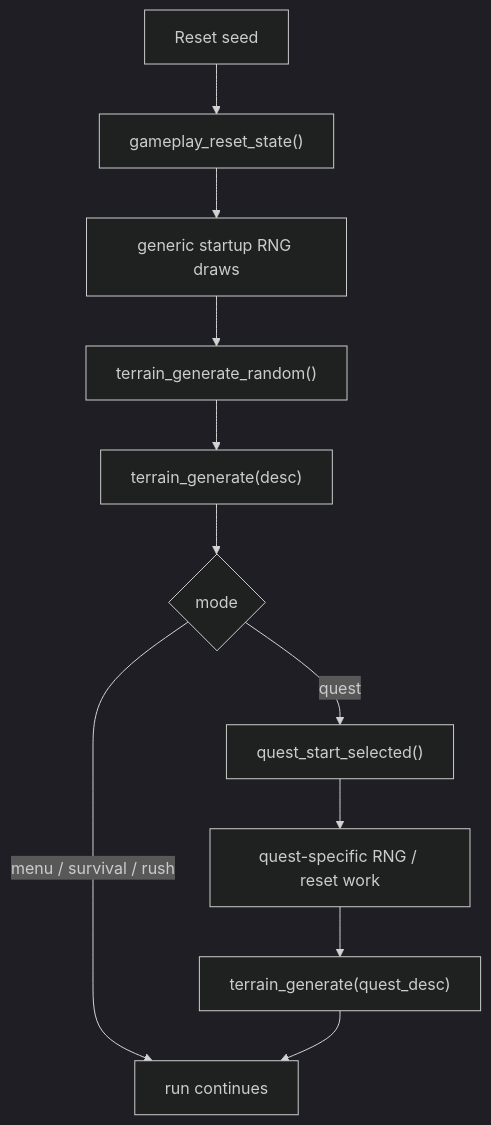
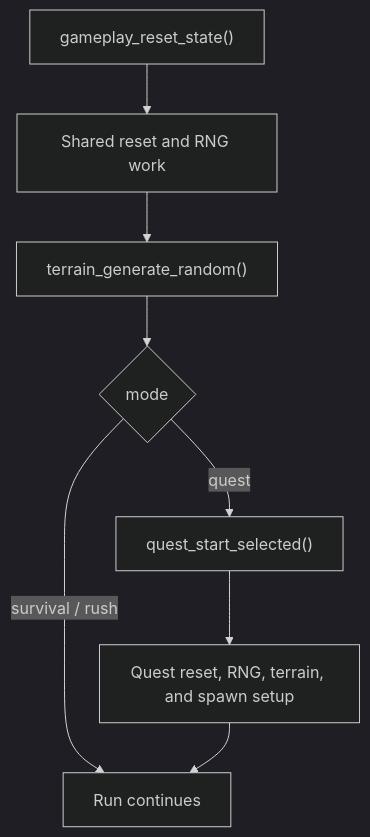
The first of 2 diagrams in docs/rewrite/replay-run-start.md (banteg/crimson), drawn with Mermaid (dark theme) before and after one commit. The commit also changed other lines of this file and 98 other files, not shown here.

````diff
--- a/docs/rewrite/replay-run-start.md
+++ b/docs/rewrite/replay-run-start.md
@@ -152,14 +41,10 @@
 ```mermaid
 flowchart TD
-    A["Reset seed"] --> B["gameplay_reset_state()"]
-    B --> C["generic startup RNG draws"]
-    C --> D["terrain_generate_random()"]
-    D --> E["terrain_generate(desc)"]
-
-    E --> F{"mode"}
-    F -->|"menu / survival / rush"| G["run continues"]
-    F -->|"quest"| H["quest_start_selected()"]
-    H --> I["quest-specific RNG / reset work"]
-    I --> J["terrain_generate(quest_desc)"]
-    J --> G
+    A["gameplay_reset_state()"] --> B["Shared reset and RNG work"]
+    B --> C["terrain_generate_random()"]
+    C --> D{"mode"}
+    D -->|"survival / rush"| E["Run continues"]
+    D -->|"quest"| F["quest_start_selected()"]
+    F --> G["Quest reset, RNG, terrain, and spawn setup"]
+    G --> E
 ```
````
